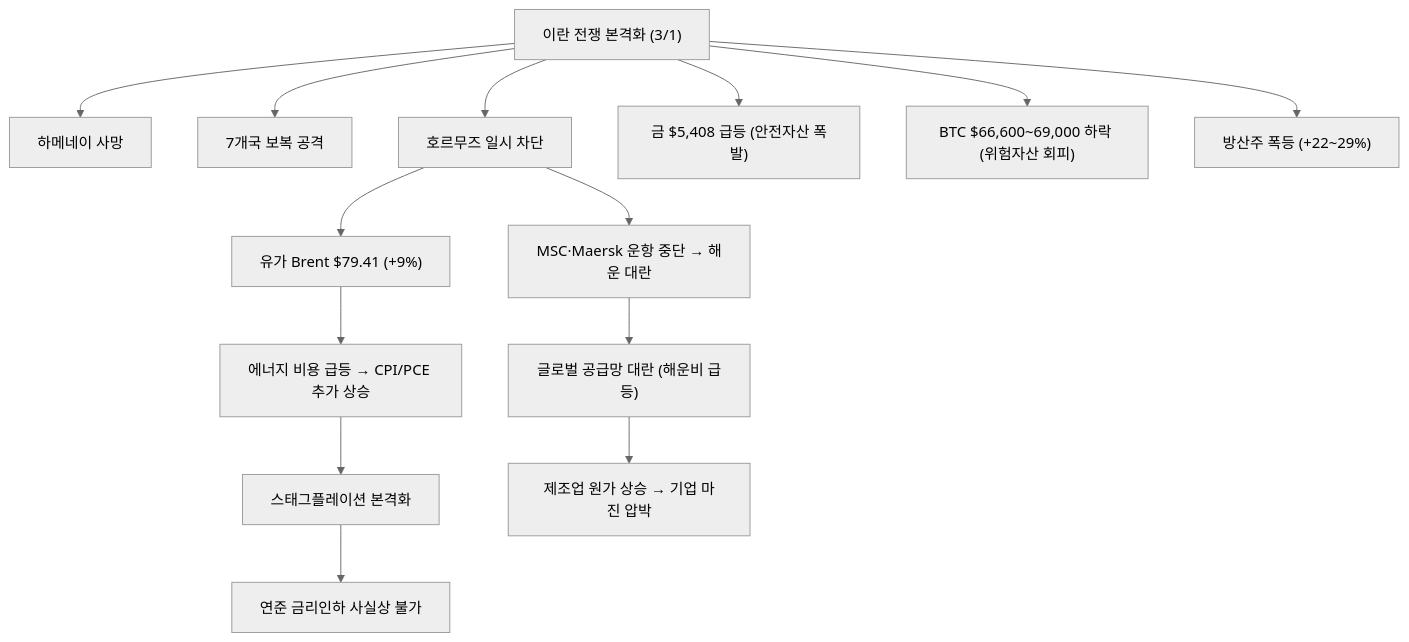
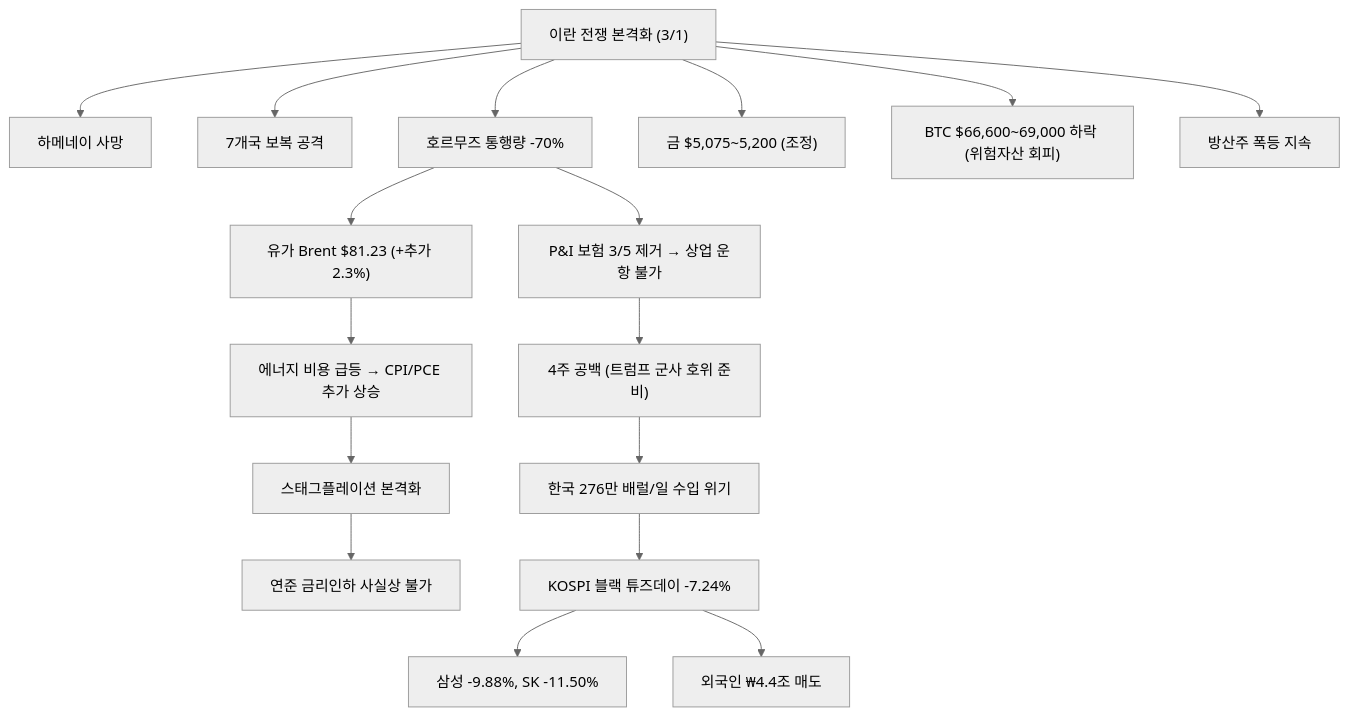
One commit to dss99911/dss99911.github.io changed the third of 4 diagrams in _posts/knowledge/invest/2026-01-21-macroeconomic-policy-sector-outlook-2026.md. Above: the diagram before and after it, drawn with Mermaid (neutral theme). The commit also changed other lines of this file and 14 other files, not shown here.

````diff
--- a/_posts/knowledge/invest/2026-01-21-macroeconomic-policy-sector-outlook-2026.md
+++ b/_posts/knowledge/invest/2026-01-21-macroeconomic-policy-sector-outlook-2026.md
@@ -85,16 +204,19 @@
 ```mermaid
 graph TD
     A["이란 전쟁 본격화 (3/1)"] --> B["하메네이 사망"]
     A --> C["7개국 보복 공격"]
-    A --> D["호르무즈 일시 차단"]
-    D --> E["유가 Brent $79.41 (+9%)"]
+    A --> D["호르무즈 통행량 -70%"]
+    D --> E["유가 Brent $81.23 (+추가 2.3%)"]
     E --> F["에너지 비용 급등 → CPI/PCE 추가 상승"]
     F --> G["스태그플레이션 본격화"]
     G --> H["연준 금리인하 사실상 불가"]
-    D --> I["MSC·Maersk 운항 중단 → 해운 대란"]
-    I --> J["글로벌 공급망 대란 (해운비 급등)"]
-    J --> K["제조업 원가 상승 → 기업 마진 압박"]
-    A --> L["금 $5,408 급등 (안전자산 폭발)"]
-    A --> M["BTC $66,600~69,000 하락 (위험자산 회피)"]
-    A --> N["방산주 폭등 (+22~29%)"]
+    D --> I["P&I 보험 3/5 제거 → 상업 운항 불가"]
+    I --> J["4주 공백 (트럼프 군사 호위 준비)"]
+    J --> K["한국 276만 배럴/일 수입 위기"]
+    K --> L["KOSPI 블랙 튜즈데이 -7.24%"]
+    L --> M["삼성 -9.88%, SK -11.50%"]
+    L --> N["외국인 ₩4.4조 매도"]
+    A --> O["금 $5,075~5,200 (조정)"]
+    A --> P["BTC $66,600~69,000 하락 (위험자산 회피)"]
+    A --> Q["방산주 폭등 지속"]
 ```
````
